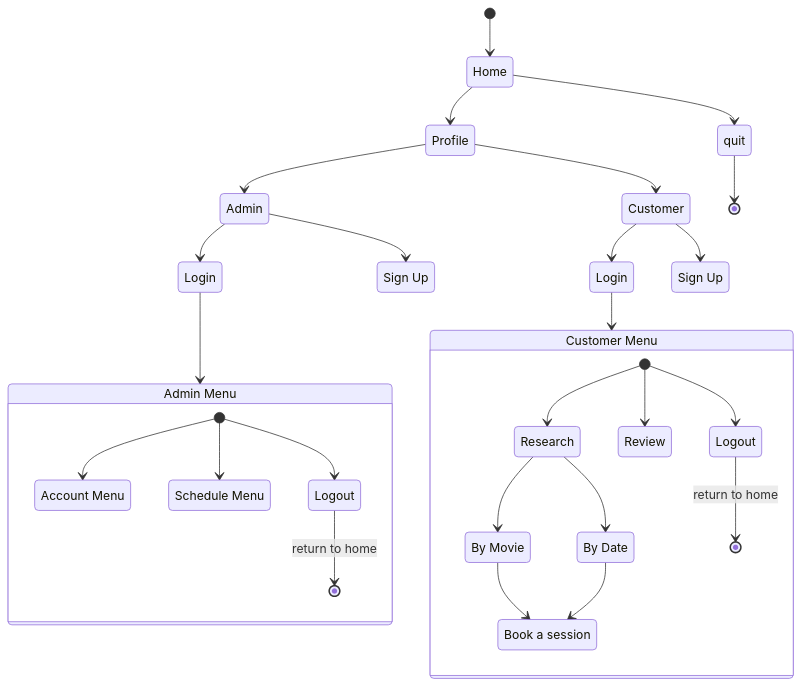
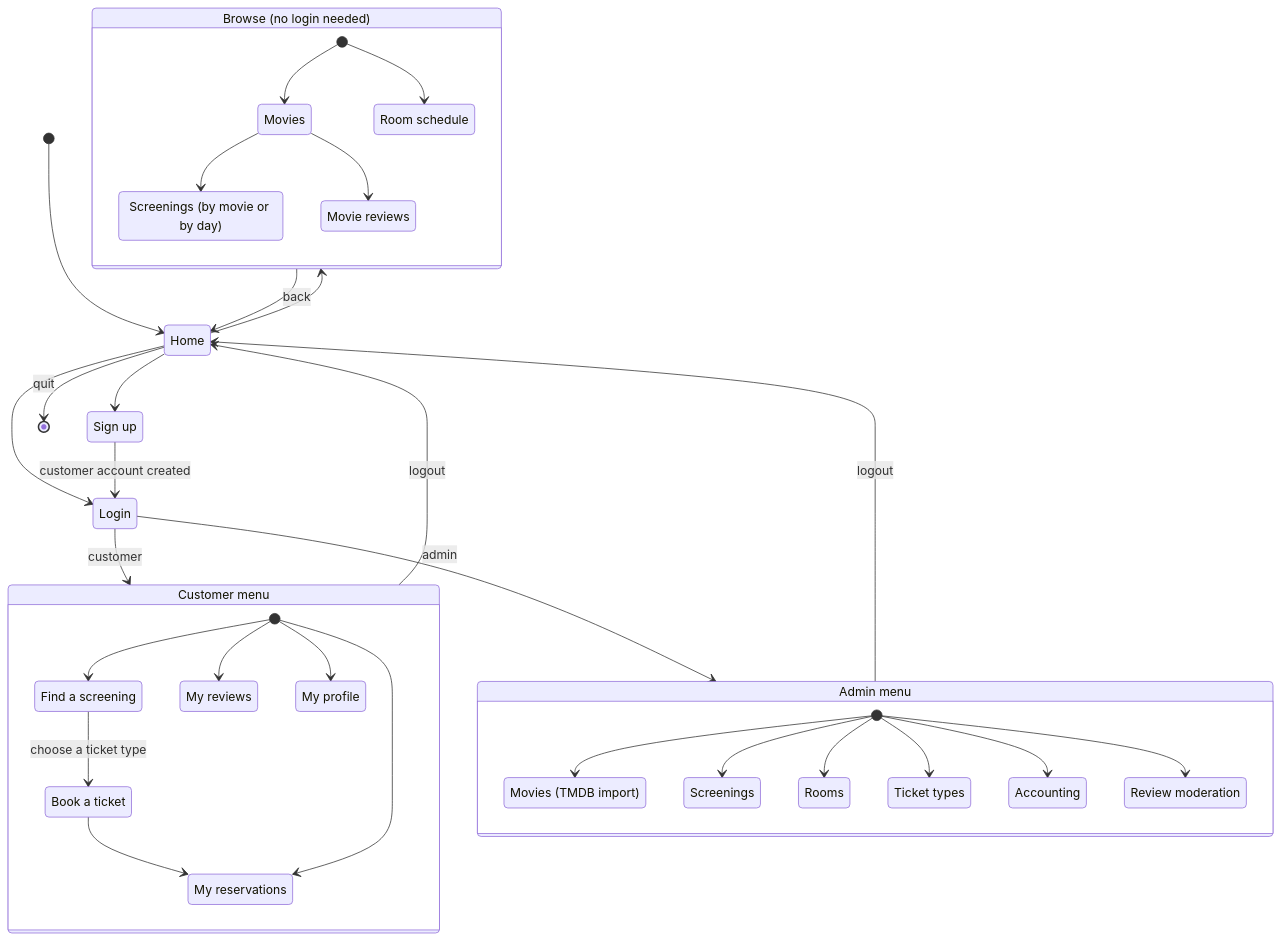
One commit to mdeniard/ensai-it-project-2a-team-4 changed the diagram in doc/activity_diagram.md. Above: the diagram before and after it, drawn with Mermaid. The commit also changed 9 other files, not shown here.

Commit message:
Diagrams updates

````diff
--- a/doc/activity_diagram.md
+++ b/doc/activity_diagram.md
@@ -3,59 +3,63 @@
-``` mermaid
-stateDiagram
-    admin : Admin
-    adminlogin : Login
-    adminsignup : Sign Up
-    menu_admin : Admin Menu
-    customer : Customer
-    customerlogin : Login
-    customersignup : Sign Up
-    menu_customer : Customer Menu
+```mermaid
+stateDiagram-v2
+    state "Browse (no login needed)" as Browse
+    state "Sign up" as SignUp
+    state "Customer menu" as CustomerMenu
+    state "Admin menu" as AdminMenu
 
-    menu_account : Account Menu
-    menu_schedule : Schedule Menu
-    admin_logout : Logout
+    [*] --> Home
+    Home --> Browse
+    Home --> SignUp
+    Home --> Login
+    Home --> [*] : quit
 
-    research : Research
-    book : Book a session
-    review : Review
-    bymovie : By Movie
-    bydate : By Date
-    customer_logout : Logout
-    
-    [*] --> Home
-    
-    Home --> Profile
-    Profile --> admin
-    Profile --> customer
+    SignUp --> Login : customer account created
+    Login --> CustomerMenu : customer
+    Login --> AdminMenu : admin
 
-    admin --> adminlogin
-    admin --> adminsignup
+    state Browse {
+        state "Movies" as browse_movies
+        state "Screenings (by movie or by day)" as browse_screenings
+        state "Room schedule" as browse_rooms
+        state "Movie reviews" as browse_reviews
 
-    customer --> customerlogin
-    customer --> customersignup
-    
-    Home --> quit
-    quit --> [*]
+        [*] --> browse_movies
+        [*] --> browse_rooms
+        browse_movies --> browse_screenings
+        browse_movies --> browse_reviews
+    }
+    Browse --> Home : back
 
-    adminlogin --> menu_admin
-    
-    state menu_admin {
-        [*] --> menu_account
-      [*] --> menu_schedule
-        [*] --> admin_logout
-        admin_logout --> [*]: return to home
+    state CustomerMenu {
+        state "Find a screening" as c_find
+        state "Book a ticket" as c_book
+        state "My reservations" as c_reservations
+        state "My reviews" as c_reviews
+        state "My profile" as c_profile
+
+        [*] --> c_find
+        c_find --> c_book : choose a ticket type
+        c_book --> c_reservations
+        [*] --> c_reservations
+        [*] --> c_reviews
+        [*] --> c_profile
     }
+    CustomerMenu --> Home : logout
 
-    customerlogin --> menu_customer
+    state AdminMenu {
+        state "Movies (TMDB import)" as a_movies
+        state "Screenings" as a_screenings
+        state "Rooms" as a_rooms
+        state "Ticket types" as a_tickets
+        state "Accounting" as a_accounting
+        state "Review moderation" as a_moderation
 
-    state menu_customer {
-        [*] --> research
-      research --> bymovie
-      bymovie --> book
-      research --> bydate
-      bydate --> book
-        [*] --> review
-        [*] --> customer_logout
-        customer_logout --> [*]: return to home
+        [*] --> a_movies
+        [*] --> a_screenings
+        [*] --> a_rooms
+        [*] --> a_tickets
+        [*] --> a_accounting
+        [*] --> a_moderation
     }
+    AdminMenu --> Home : logout
 ```
````
